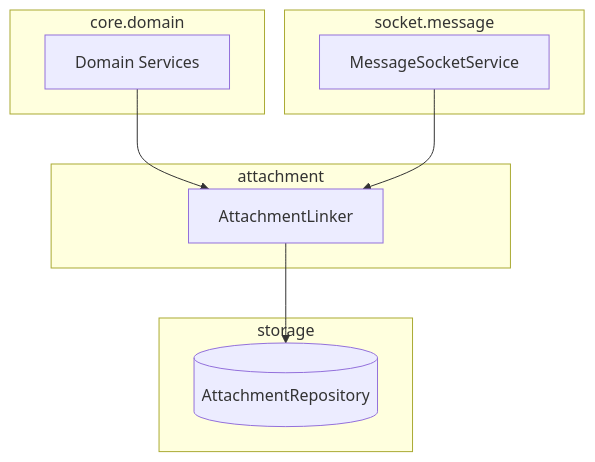
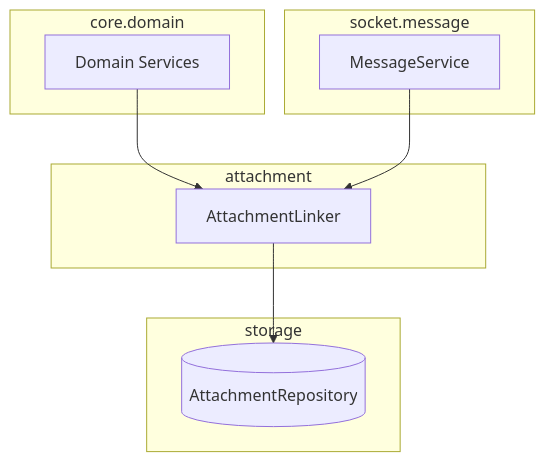
One commit to mortonCareer/bconnect changed the third of 5 diagrams in apps/api/docs/attachment-architecture.md. Above: the diagram before and after it, drawn with Mermaid. The commit also changed 2 other files, not shown here.

Commit message:
docs(api): 메시지 모듈 재구성 반영

````diff
--- a/apps/api/docs/attachment-architecture.md
+++ b/apps/api/docs/attachment-architecture.md
@@ -79,18 +79,18 @@
 ```mermaid
 graph TD
     subgraph core.domain
         DS[Domain Services]
     end
     subgraph socket.message
-        MsgS[MessageSocketService]
+        MsgS[MessageService]
     end
     subgraph attachment
         Linker[AttachmentLinker]
     end
     subgraph storage
         AttR[("AttachmentRepository")]
     end
     DS --> Linker
     MsgS --> Linker
     Linker --> AttR
 ```
````
